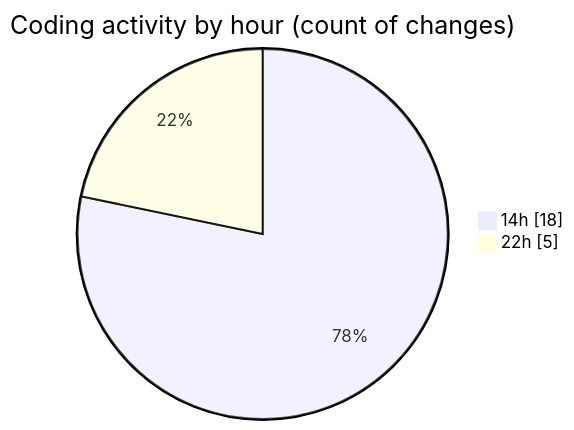
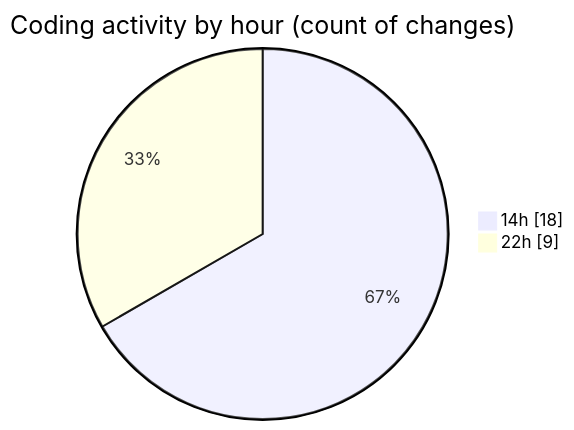
One commit to EIIisD/code-tracking changed the second of 2 diagrams in 2025-07-27/fish/README.md. Above: the diagram before and after it, drawn with Mermaid. The commit also changed other lines of this file and 1 other file, not shown here.

````diff
--- a/2025-07-27/fish/README.md
+++ b/2025-07-27/fish/README.md
@@ -29,6 +29,6 @@
 ```mermaid
 pie showData
 title Coding activity by hour (count of changes)
 "14h" : 18
-"22h" : 5
+"22h" : 9
 ```
````
